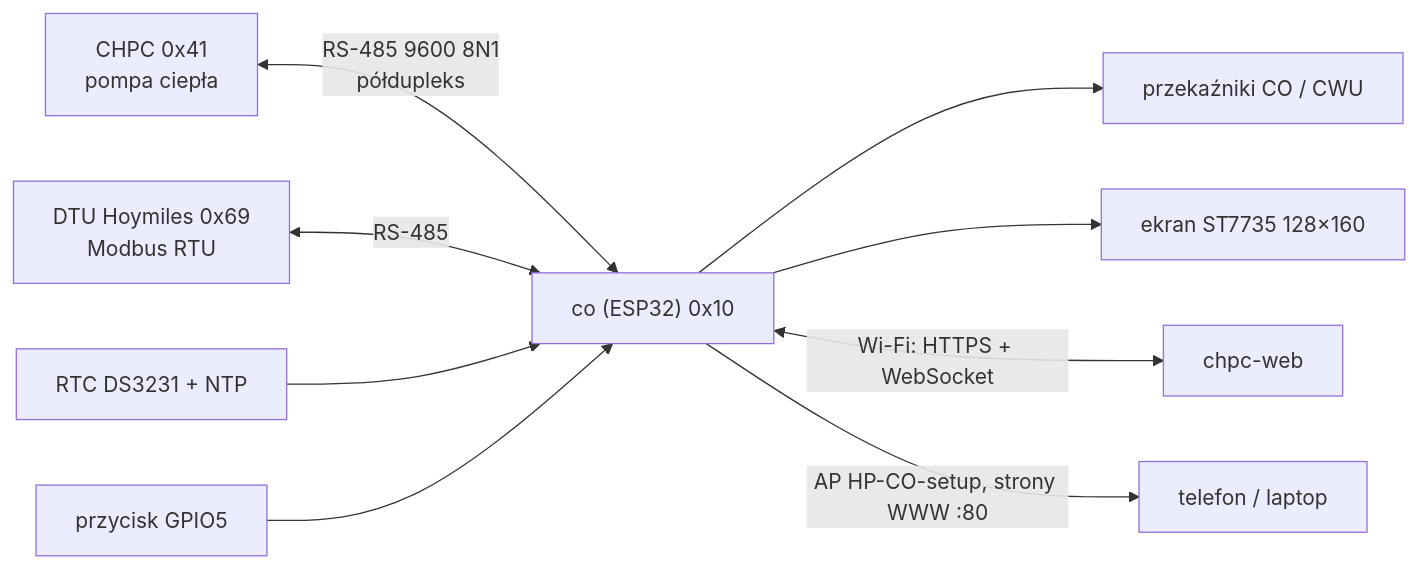
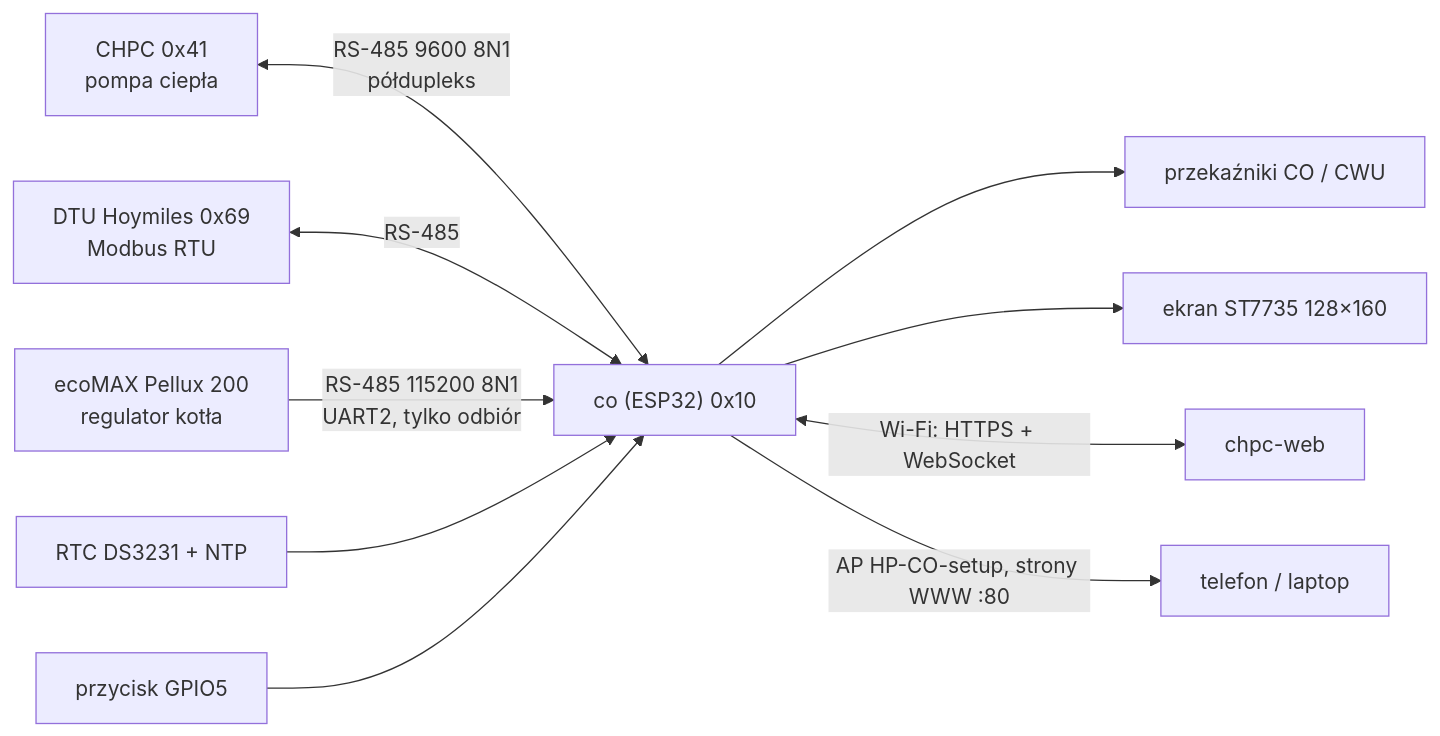
The first of 6 diagrams in devices/co/docs/2-zasada-dzialania.md (robertorlowski/chpc-web), drawn with Mermaid before and after one commit. The commit also changed other lines of this file and 78 other files, not shown here.

````diff
--- a/devices/co/docs/2-zasada-dzialania.md
+++ b/devices/co/docs/2-zasada-dzialania.md
@@ -7,12 +7,13 @@
 ```mermaid
 flowchart LR
     CHPC["CHPC 0x41<br/>pompa ciepła"] <-- "RS-485 9600 8N1<br/>półdupleks" --> CO
     DTU["DTU Hoymiles 0x69<br/>Modbus RTU"] <-- "RS-485" --> CO
+    ECO["ecoMAX Pellux 200<br/>regulator kotła"] -- "RS-485 115200 8N1<br/>UART2, tylko odbiór" --> CO
     CO["co (ESP32) 0x10"]
     CO --> REL["przekaźniki CO / CWU"]
     CO --> LCD["ekran ST7735 128×160"]
     RTC["RTC DS3231 + NTP"] --> CO
     BTN["przycisk GPIO5"] --> CO
     CO <-- "Wi-Fi: HTTPS + WebSocket" --> SRV["chpc-web"]
     CO -- "AP HP-CO-setup, strony WWW :80" --> USR["telefon / laptop"]
 ```
````
